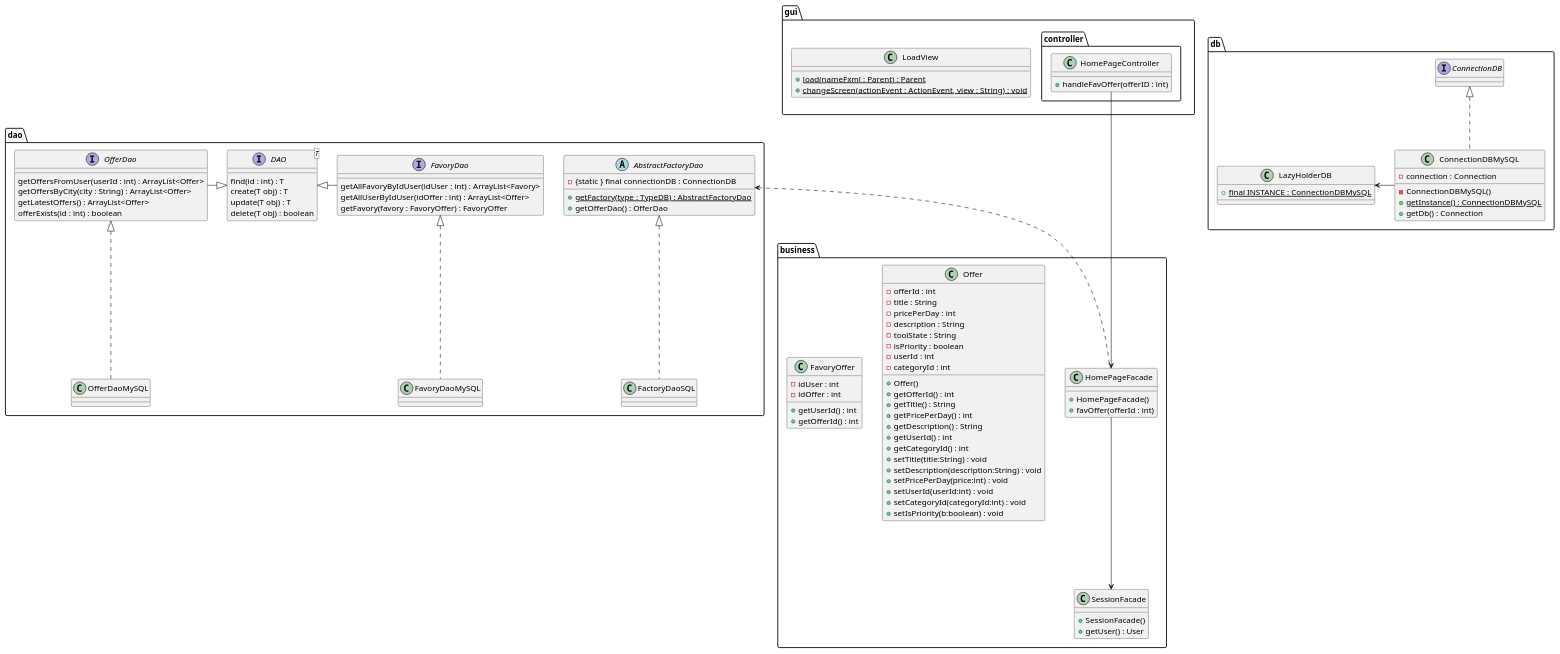
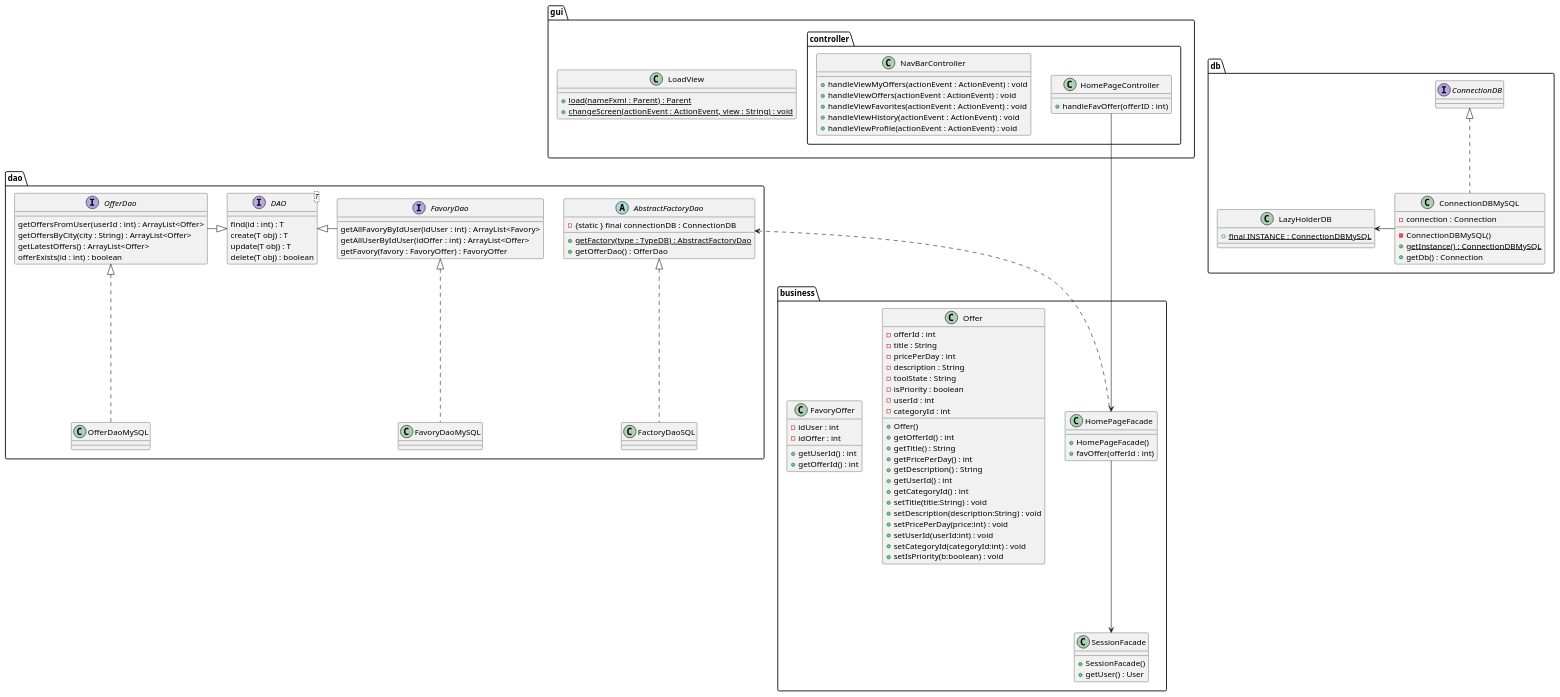
The diagram in documents/diagram/homePage/homePageClass.puml (LaunoisRemy/ToolShare), drawn with PlantUML before and after one commit.

Commit message:
ADD navbar in homepage Class Diagramm

```diff
--- a/documents/diagram/homePage/homePageClass.puml
+++ b/documents/diagram/homePage/homePageClass.puml
@@ -1,122 +1,128 @@
 @startuml
 
 package dao {
 
 
     interface OfferDao{
         getOffersFromUser(userId : int) : ArrayList<Offer>
         getOffersByCity(city : String) : ArrayList<Offer>
         getLatestOffers() : ArrayList<Offer>
         offerExists(id : int) : boolean
     }
     class OfferDaoMySQL
     FactoryDaoSQL .up.|> AbstractFactoryDao
     OfferDaoMySQL .up.|> OfferDao
     interface FavoryDao{
         getAllFavoryByIdUser(idUser : int) : ArrayList<Favory>
         getAllUserByIdUser(idOffer : int) : ArrayList<Offer>
         getFavory(favory : FavoryOffer) : FavoryOffer
     }
     class FavoryDaoMySQL
     FavoryDaoMySQL .up.|> FavoryDao
 
     interface DAO<T>{
         find(id : int) : T
         create(T obj) : T
         update(T obj) : T
         delete(T obj) : boolean
     }
 
     abstract AbstractFactoryDao{
         - {static } final connectionDB : ConnectionDB
         + {static} getFactory(type : TypeDB) : AbstractFactoryDao
         + getOfferDao() : OfferDao
     }
 
     class FactoryDaoSQL{
     }
 
 
     DAO <|-left OfferDao
     DAO <|- FavoryDao
 }
 package db{
     class ConnectionDBMySQL{
         - connection : Connection
         - ConnectionDBMySQL()
         + {static} getInstance() : ConnectionDBMySQL
         + getDb() : Connection
     }
 
     class LazyHolderDB{
         + {static} final INSTANCE : ConnectionDBMySQL
     }
     interface ConnectionDB
     ConnectionDBMySQL -Left-> LazyHolderDB
     ConnectionDBMySQL .up.|> ConnectionDB
 
 }
 package business{
     class SessionFacade{
         + SessionFacade()
         + getUser() : User
     }
 
     class Offer{
         -offerId : int
         -title : String
         -pricePerDay : int
         -description : String
         -toolState : String
         -isPriority : boolean
         -userId : int
         -categoryId : int
         + Offer()
         + getOfferId() : int
         + getTitle() : String
         + getPricePerDay() : int
         + getDescription() : String
         + getUserId() : int
         + getCategoryId() : int
         + setTitle(title:String) : void
         + setDescription(description:String) : void
         + setPricePerDay(price:int) : void
         + setUserId(userId:int) : void
         + setCategoryId(categoryId:int) : void
         + setIsPriority(b:boolean) : void
     }
 
     class FavoryOffer{
         - idUser : int
         - idOffer : int
         + getUserId() : int
         + getOfferId() : int
     }
     class HomePageFacade{
         + HomePageFacade()
         + favOffer(offerId : int)
     }
 
 }
 
 package gui{
 
     class LoadView{
         + {static} load(nameFxml : Parent) : Parent
         + {static} changeScreen(actionEvent : ActionEvent, view : String) : void
     }
 
     package controller{
         class HomePageController{
             + handleFavOffer(offerID : int)
         }
-
+        class NavBarController{
+            + handleViewMyOffers(actionEvent : ActionEvent) : void
+            + handleViewOffers(actionEvent : ActionEvent) : void
+            + handleViewFavorites(actionEvent : ActionEvent) : void
+            + handleViewHistory(actionEvent : ActionEvent) : void
+            + handleViewProfile(actionEvent : ActionEvent) : void
+        }
     }
 }
 HomePageFacade <--Up- HomePageController
 SessionFacade <--Up- HomePageFacade
 HomePageFacade .Up.> AbstractFactoryDao
 
 
 
 @enduml
```
